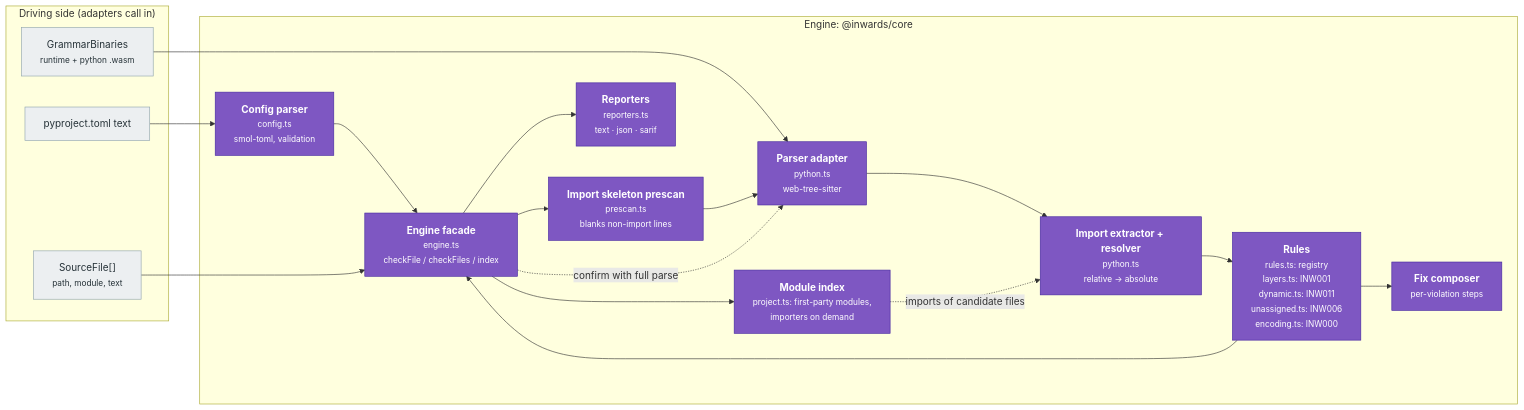
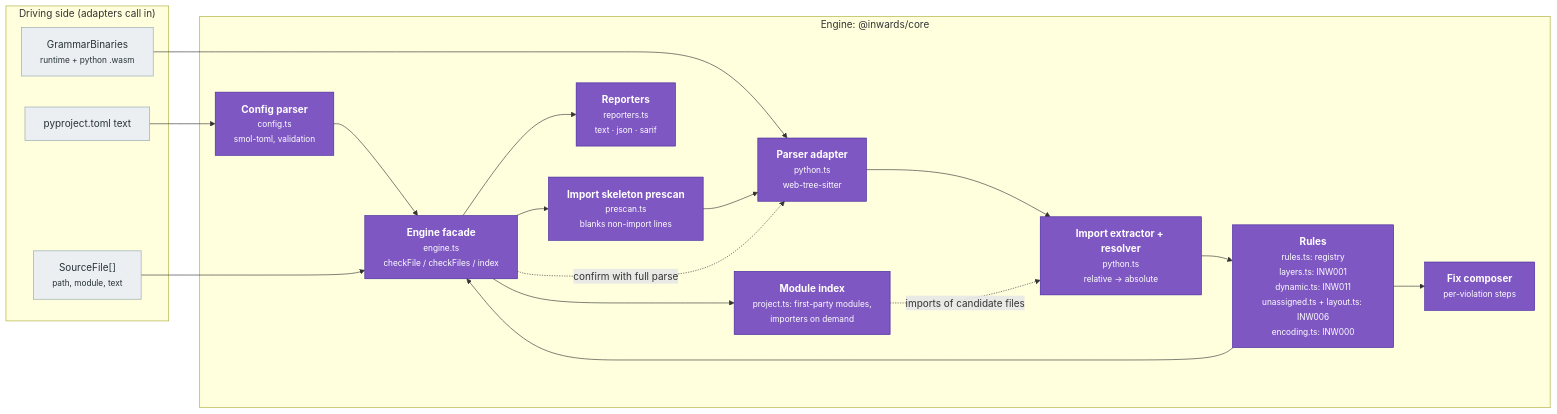
Before and after one commit to SirCypkowskyy/inwards: the third of 6 diagrams in docs/chapters/03-Architecture-C4.md, drawn with Mermaid. The commit also changed other lines of this file and 5 other files, not shown here.

````diff
--- a/docs/chapters/03-Architecture-C4.md
+++ b/docs/chapters/03-Architecture-C4.md
@@ -109,37 +109,37 @@
 ```mermaid
 flowchart LR
     subgraph driving["Driving side (adapters call in)"]
         files["SourceFile[]<br/><small>path, module, text</small>"]
         cfgtext["pyproject.toml text"]
         wasm["GrammarBinaries<br/><small>runtime + python .wasm</small>"]
     end
 
     subgraph enginebox["Engine: @inwards/core"]
         config["<b>Config parser</b><br/><small>config.ts<br/>smol-toml, validation</small>"]
         pre["<b>Import skeleton prescan</b><br/><small>prescan.ts<br/>blanks non-import lines</small>"]
         parser["<b>Parser adapter</b><br/><small>python.ts<br/>web-tree-sitter</small>"]
         extract["<b>Import extractor + resolver</b><br/><small>python.ts<br/>relative → absolute</small>"]
-        rules["<b>Rules</b><br/><small>rules.ts: registry<br/>layers.ts: INW001<br/>dynamic.ts: INW011<br/>unassigned.ts: INW006<br/>encoding.ts: INW000</small>"]
+        rules["<b>Rules</b><br/><small>rules.ts: registry<br/>layers.ts: INW001<br/>dynamic.ts: INW011<br/>unassigned.ts + layout.ts: INW006<br/>encoding.ts: INW000</small>"]
         fix["<b>Fix composer</b><br/><small>per-violation steps</small>"]
         report["<b>Reporters</b><br/><small>reporters.ts<br/>text · json · sarif</small>"]
         engine["<b>Engine facade</b><br/><small>engine.ts<br/>checkFile / checkFiles / index</small>"]
         modgraph["<b>Module index</b><br/><small>project.ts: first-party modules,<br/>importers on demand</small>"]
     end
 
     cfgtext --> config --> engine
     wasm --> parser
     files --> engine
     engine --> pre --> parser --> extract --> rules
     rules --> fix
     rules --> engine
     engine -. "confirm with full parse" .-> parser
     engine --> modgraph
     modgraph -. "imports of candidate files" .-> extract
     engine --> report
 
     classDef comp fill:#7e57c2,color:#fff,stroke:#4527a0
     classDef planned fill:#ede7f6,color:#4527a0,stroke:#7e57c2,stroke-dasharray:5 5
     classDef port fill:#eceff1,color:#263238,stroke:#90a4ae
     class config,pre,parser,extract,rules,fix,report,engine,modgraph comp
     class files,cfgtext,wasm port
 ```
````
